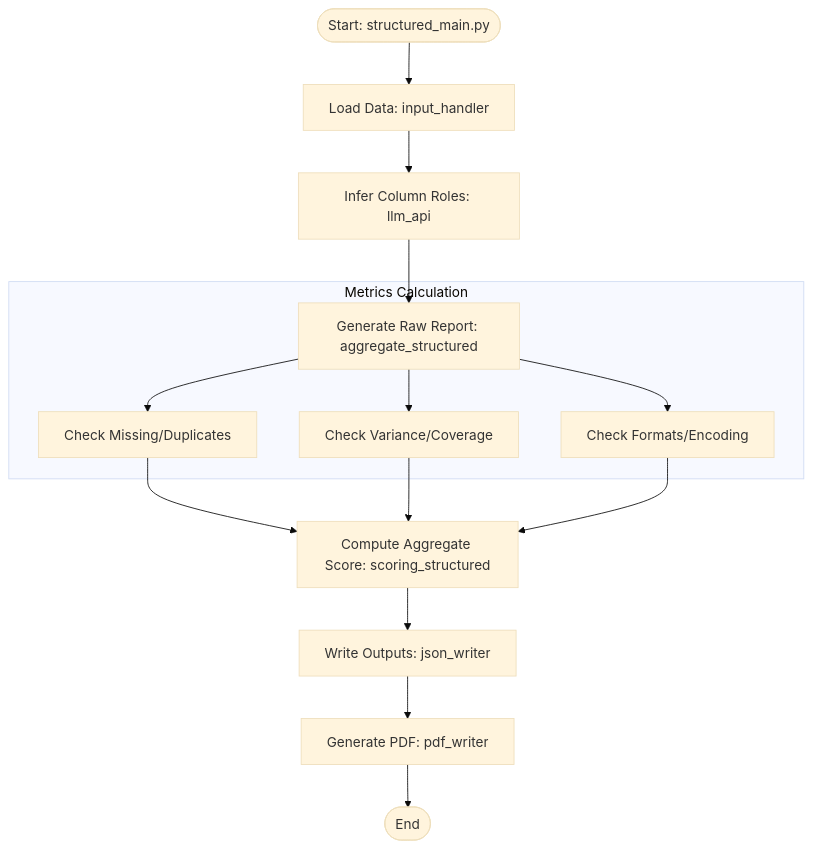
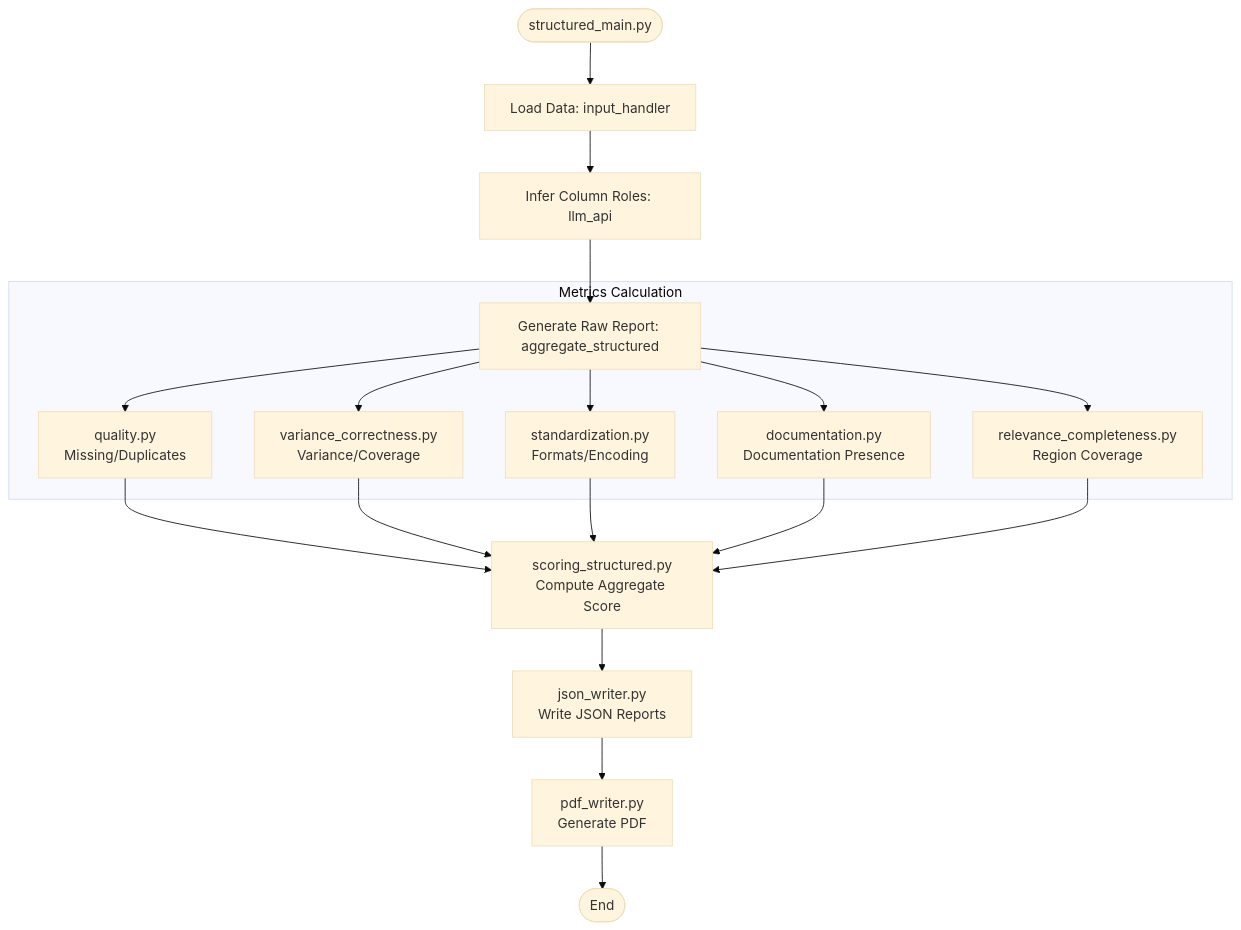
One commit to datakaveri/files-connect-api changed the third of 4 diagrams in workers/report-worker/data_flow.md. Above: the diagram before and after it, drawn with Mermaid (base theme). The commit also changed other lines of this file and 5 other files, not shown here.

````diff
--- a/workers/report-worker/data_flow.md
+++ b/workers/report-worker/data_flow.md
@@ -41,20 +75,24 @@
 ```mermaid
 graph TD
-    Start([Start: structured_main.py]) --> Load[Load Data: input_handler]
+    Start([structured_main.py]) --> Load[Load Data: input_handler]
     Load --> Infer[Infer Column Roles: llm_api]
     Infer --> Raw[Generate Raw Report: aggregate_structured]
     
     subgraph Metrics Calculation
-        Raw --> M1[Check Missing/Duplicates]
-        Raw --> M2[Check Variance/Coverage]
-        Raw --> M3[Check Formats/Encoding]
+        Raw --> M1[quality.py<br/>Missing/Duplicates]
+        Raw --> M2[variance_correctness.py<br/>Variance/Coverage]
+        Raw --> M3[standardization.py<br/>Formats/Encoding]
+        Raw --> M4[documentation.py<br/>Documentation Presence]
+        Raw --> M5[relevance_completeness.py<br/>Region Coverage]
     end
 
-    M1 --> Score[Compute Aggregate Score: scoring_structured]
+    M1 --> Score[scoring_structured.py<br/>Compute Aggregate Score]
     M2 --> Score
     M3 --> Score
+    M4 --> Score
+    M5 --> Score
     
-    Score --> Write[Write Outputs: json_writer]
-    Write --> PDF[Generate PDF: pdf_writer]
+    Score --> Write[json_writer.py<br/>Write JSON Reports]
+    Write --> PDF[pdf_writer.py<br/>Generate PDF]
     PDF --> End([End])
 ```
````
